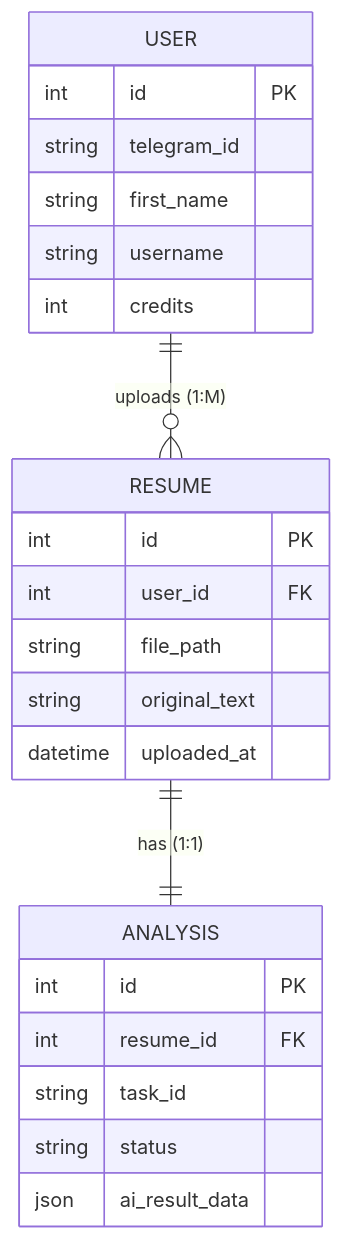
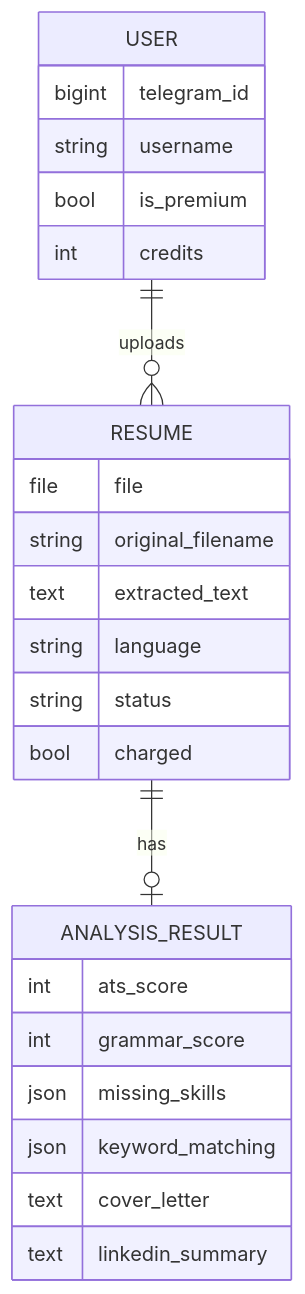
The diagram in README.md (Lochinbek-Rasuljonov/ai-resume-analyzer), drawn with Mermaid before and after one commit. The commit also changed other lines of this file and 41 other files, not shown here.

First line of the commit message:
Close the Telegram login bypass, fix uploads and credits, add tests

````diff
--- a/README.md
+++ b/README.md
@@ -29,26 +43,27 @@
 ```mermaid
 erDiagram
-    USER ||--o{ RESUME : "uploads (1:M)"
+    USER ||--o{ RESUME : uploads
+    RESUME ||--o| ANALYSIS_RESULT : has
     USER {
-        int id PK
-        string telegram_id
-        string first_name
+        bigint telegram_id
         string username
+        bool is_premium
         int credits
     }
-    RESUME ||--|| ANALYSIS : "has (1:1)"
     RESUME {
-        int id PK
-        int user_id FK
-        string file_path
-        string original_text
-        datetime uploaded_at
+        file file
+        string original_filename
+        text extracted_text
+        string language
+        string status
+        bool charged
     }
-    ANALYSIS {
-        int id PK
-        int resume_id FK
-        string task_id
-        string status
-        json ai_result_data
+    ANALYSIS_RESULT {
+        int ats_score
+        int grammar_score
+        json missing_skills
+        json keyword_matching
+        text cover_letter
+        text linkedin_summary
     }
 ```
````
